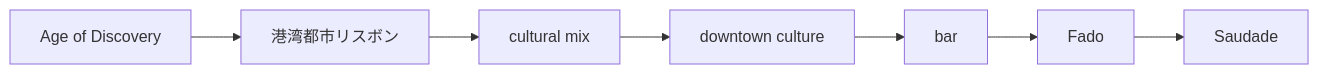
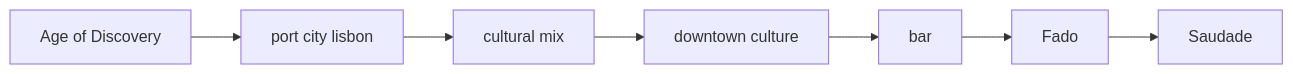
Before and after one commit to monumental-movement/monumental-movement.github.io: the second of 12 diagrams in en/_posts/2026-05-16-column-fado.md, drawn with Mermaid. The commit also changed other lines of this file and 851 other files, not shown here.

```diff
--- a/en/_posts/2026-05-16-column-fado.md
+++ b/en/_posts/2026-05-16-column-fado.md
@@ -125,9 +126,9 @@
 <div class="mermaid">
 flowchart LR
-A[Age of Discovery] --> B[港湾都市リスボン]
+A[Age of Discovery] --> B[port city lisbon]
 B --> C[cultural mix]
 C --> D[downtown culture]
 D --> E[bar]
 E --> F[Fado]
 F --> G[Saudade]
 </div>
```
